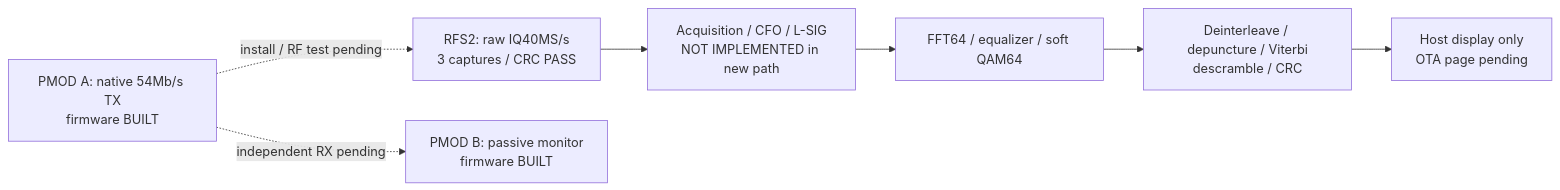
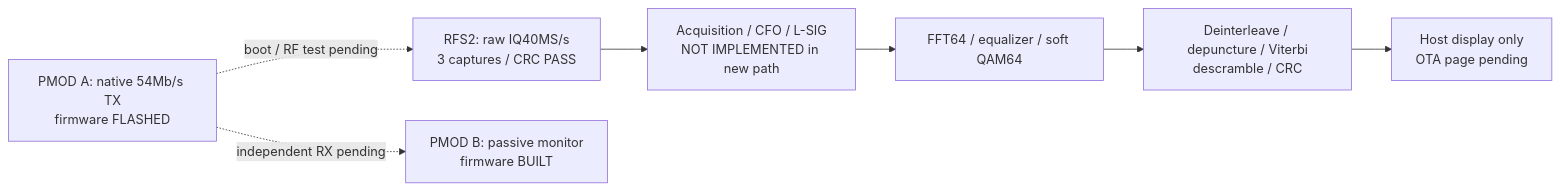
One commit to AEW2015/altera_examples changed the diagram in esp32_agilex3_iq/docs/WIFI64_IMPLEMENTATION_STATUS.md. Above: the diagram before and after it, drawn with Mermaid. The commit also changed other lines of this file and 1 other file, not shown here.

Commit message:
Record verified native Wi-Fi transmitter installation and rollback backup

````diff
--- a/esp32_agilex3_iq/docs/WIFI64_IMPLEMENTATION_STATUS.md
+++ b/esp32_agilex3_iq/docs/WIFI64_IMPLEMENTATION_STATUS.md
@@ -7,9 +7,9 @@
 ```mermaid
 flowchart LR
-  A[PMOD A: native 54Mb/s TX<br/>firmware BUILT] -. install / RF test pending .-> B[RFS2: raw IQ40MS/s<br/>3 captures / CRC PASS]
+  A[PMOD A: native 54Mb/s TX<br/>firmware FLASHED] -. boot / RF test pending .-> B[RFS2: raw IQ40MS/s<br/>3 captures / CRC PASS]
   A -. independent RX pending .-> M[PMOD B: passive monitor<br/>firmware BUILT]
   B --> C[Acquisition / CFO / L-SIG<br/>NOT IMPLEMENTED in new path]
   C --> D[FFT64 / equalizer / soft QAM64]
   D --> E[Deinterleave / depuncture / Viterbi<br/>descramble / CRC]
   E --> F[Host display only<br/>OTA page pending]
 ```
````
